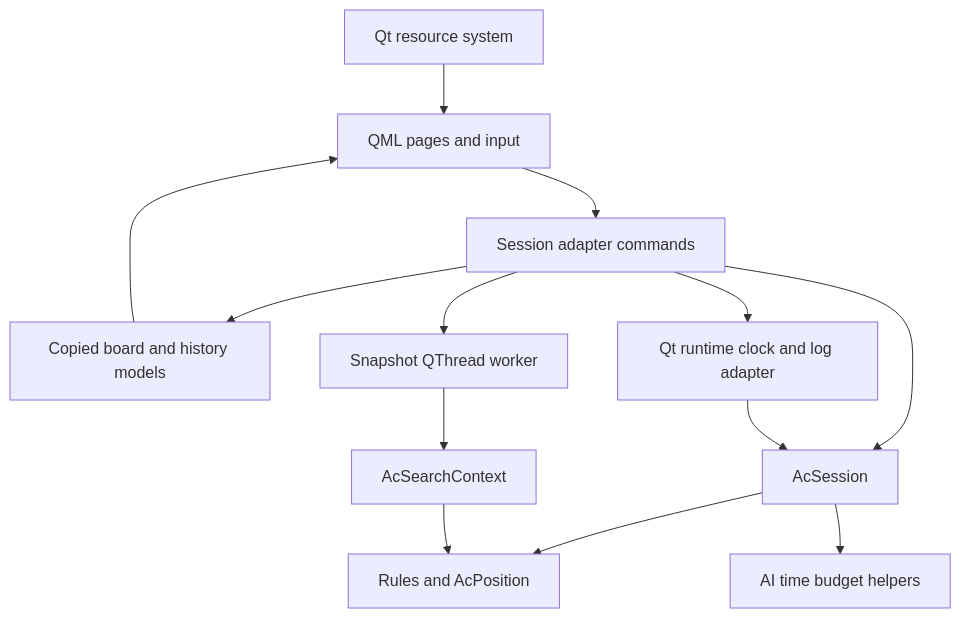
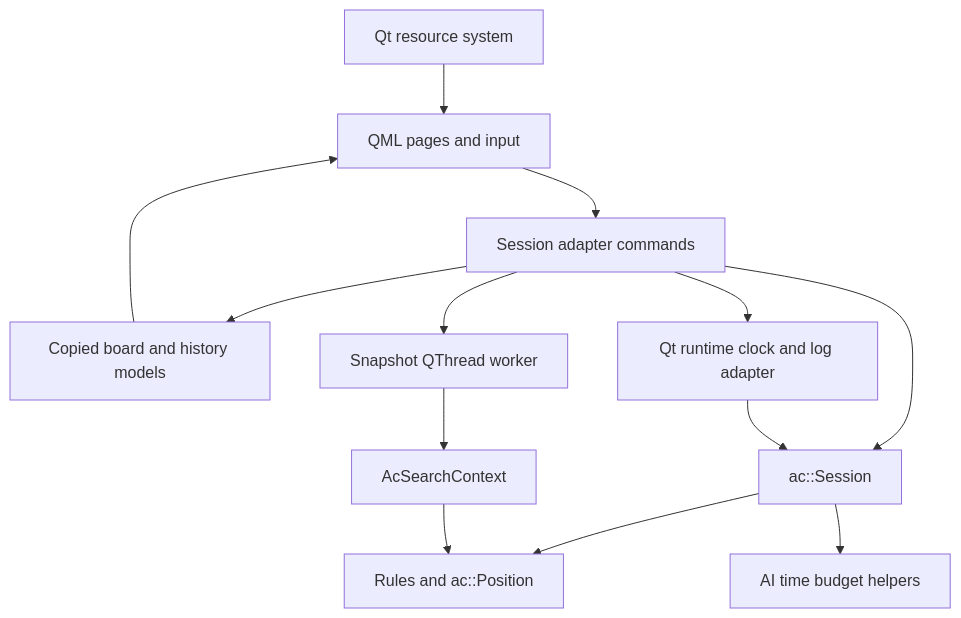
The first of 2 diagrams in docs/architecture/software-specification.md (Yide-Milo-Li/AnteaterChess-Reborn), drawn with Mermaid before and after one commit. The commit also changed other lines of this file and 22 other files, not shown here.

````diff
--- a/docs/architecture/software-specification.md
+++ b/docs/architecture/software-specification.md
@@ -7,15 +7,15 @@
 ```mermaid
 flowchart TD
     QML[QML pages and input] --> Adapter[Session adapter commands]
-    Adapter --> Session[AcSession]
+    Adapter --> Session[ac::Session]
     Adapter --> Models[Copied board and history models]
     Models --> QML
     Adapter --> Task[Snapshot QThread worker]
     Task --> AI[AcSearchContext]
-    Session --> Rules[Rules and AcPosition]
+    Session --> Rules[Rules and ac::Position]
     AI --> Rules
     Session --> Budget[AI time budget helpers]
     Adapter --> Platform[Qt runtime clock and log adapter]
     Platform --> Session
     Resources[Qt resource system] --> QML
 ```
````
